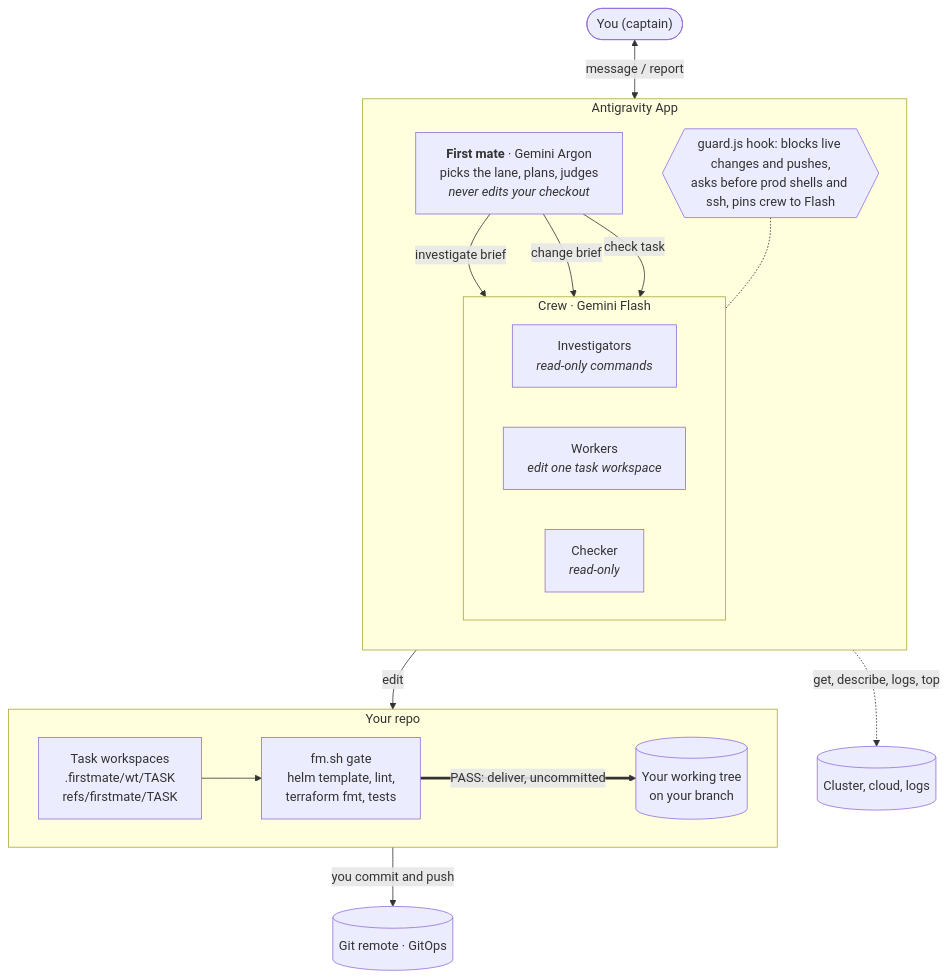
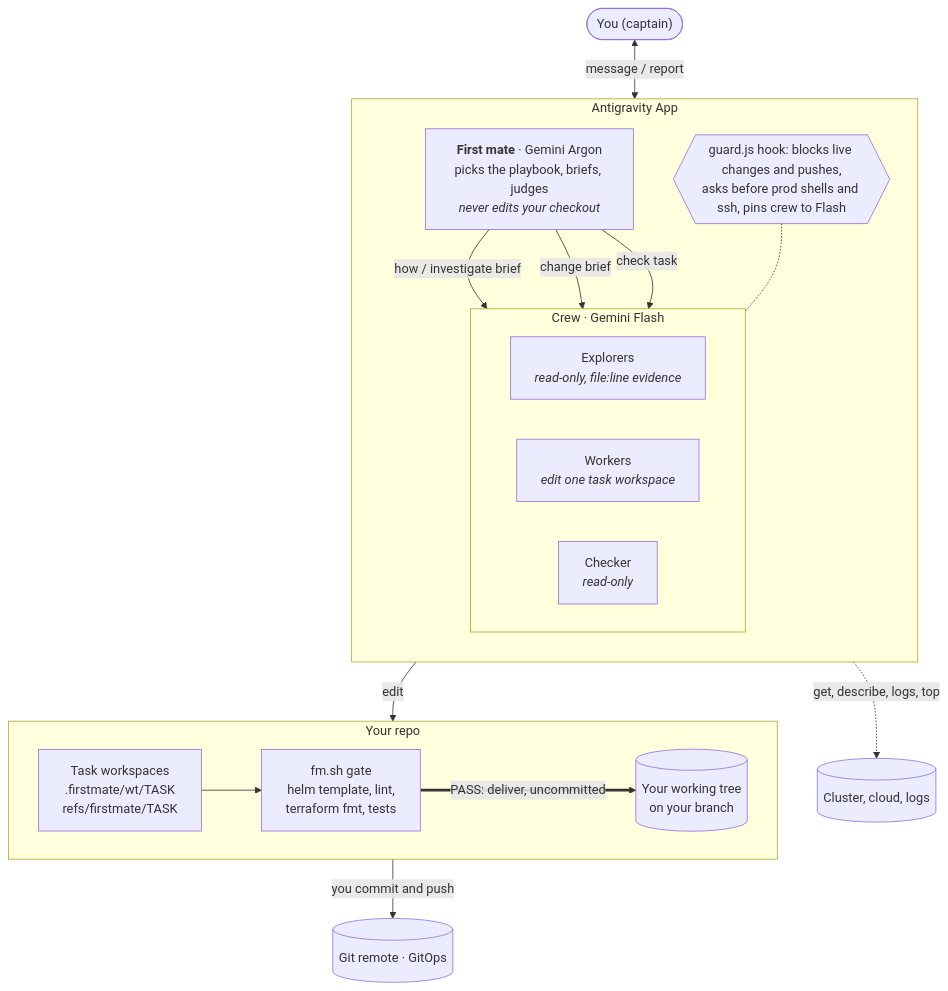
Before and after one commit to cuongtt0201/antigravity-firstmate: the diagram in README.md, drawn with Mermaid. The commit also changed other lines of this file and 21 other files, not shown here.

````diff
--- a/README.md
+++ b/README.md
@@ -14,37 +15,37 @@
 ```mermaid
 flowchart TB
   you(["You (captain)"])
 
   subgraph app["Antigravity App"]
     direction TB
-    fm["<b>First mate</b> · Gemini Argon<br/>picks the lane, plans, judges<br/><i>never edits your checkout</i>"]
+    fm["<b>First mate</b> · Gemini Argon<br/>picks the playbook, briefs, judges<br/><i>never edits your checkout</i>"]
     subgraph crew["Crew · Gemini Flash"]
       direction LR
-      inv["Investigators<br/><i>read-only commands</i>"]
+      inv["Explorers<br/><i>read-only, file:line evidence</i>"]
       wk["Workers<br/><i>edit one task workspace</i>"]
       ck["Checker<br/><i>read-only</i>"]
     end
     guard{{"guard.js hook: blocks live changes and pushes,<br/>asks before prod shells and ssh, pins crew to Flash"}}
   end
 
   subgraph repo["Your repo"]
     direction LR
     wt["Task workspaces<br/>.firstmate/wt/TASK<br/>refs/firstmate/TASK"]
     gate["fm.sh gate<br/>helm template, lint,<br/>terraform fmt, tests"]
     tree[("Your working tree<br/>on your branch")]
   end
 
   live[("Cluster, cloud, logs")]
   remote[("Git remote · GitOps")]
 
   you <-->|"message / report"| fm
-  fm -->|"investigate brief"| inv
+  fm -->|"how / investigate brief"| inv
   fm -->|"change brief"| wk
   fm -->|"check task"| ck
   inv -.->|"get, describe, logs, top"| live
   wk -->|"edit"| wt
   wt --> gate
   gate ==>|"PASS: deliver, uncommitted"| tree
   tree -->|"you commit and push"| remote
   guard -.- crew
 ```
````
